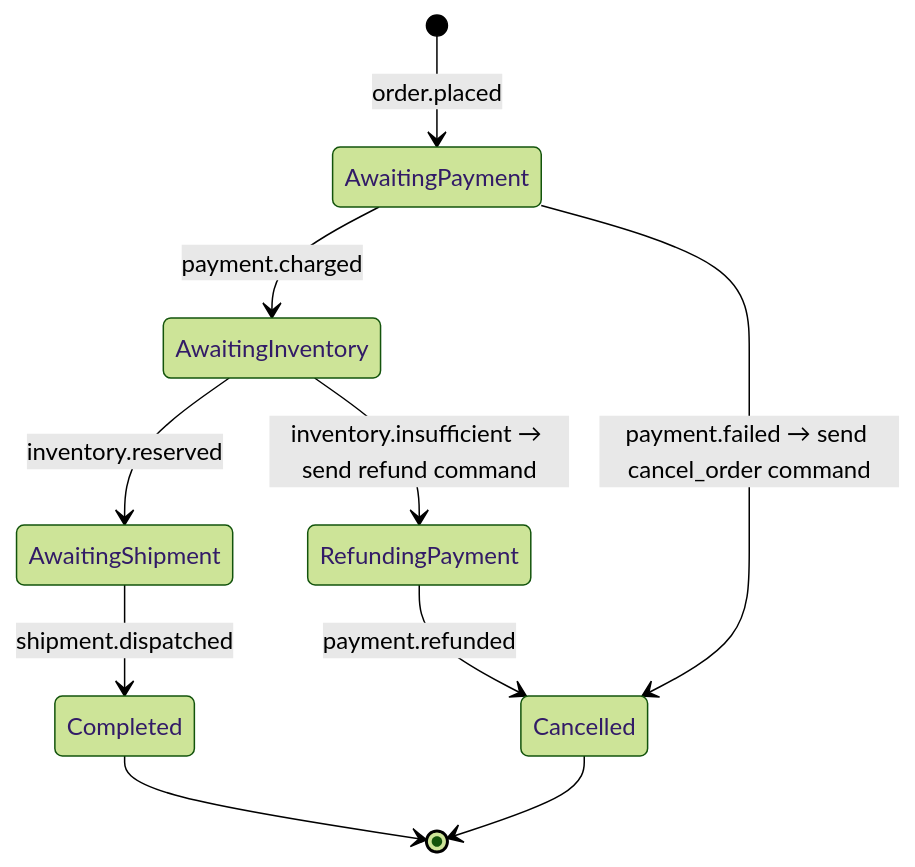
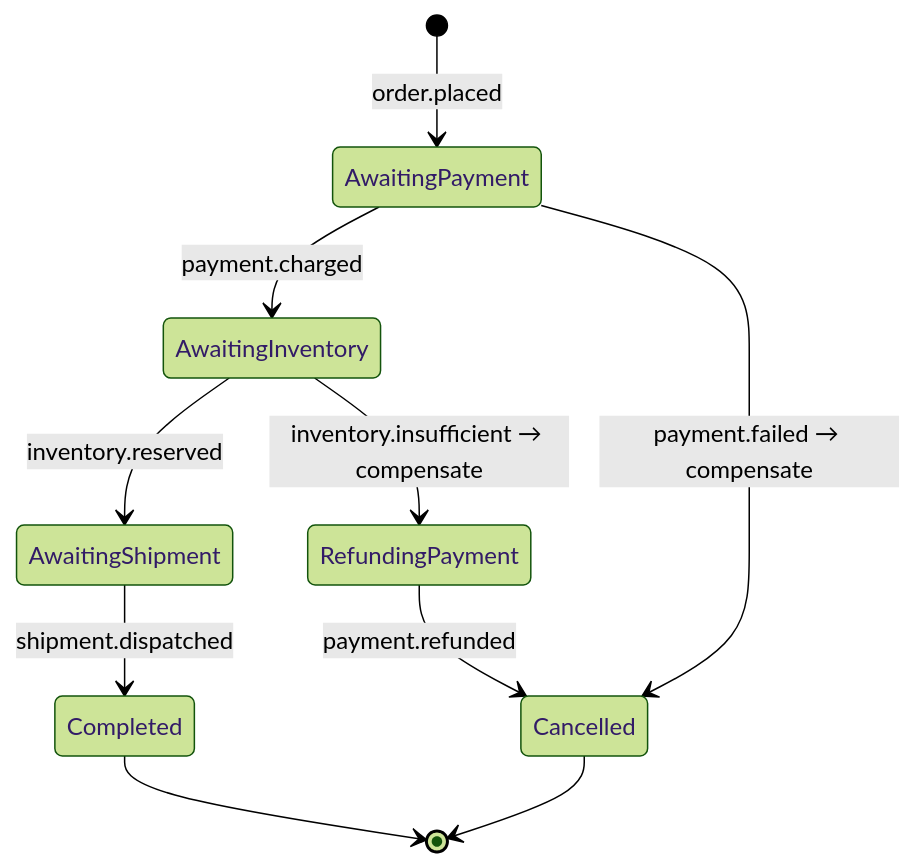
Diagram 13 of 17 in .claude/.notes/Event-Driven-System.md (hlop3z/claude-ai-dangerous), drawn with Mermaid (forest theme) before and after one commit. The commit also changed other lines of this file, not shown here.

````diff
--- a/.claude/.notes/Event-Driven-System.md
+++ b/.claude/.notes/Event-Driven-System.md
@@ -1721,12 +1699,12 @@
 ```mermaid
 stateDiagram-v2
     [*] --> AwaitingPayment : order.placed
     AwaitingPayment --> AwaitingInventory : payment.charged
-    AwaitingPayment --> Cancelled : payment.failed → send cancel_order command
+    AwaitingPayment --> Cancelled : payment.failed → compensate
     AwaitingInventory --> AwaitingShipment : inventory.reserved
-    AwaitingInventory --> RefundingPayment : inventory.insufficient → send refund command
+    AwaitingInventory --> RefundingPayment : inventory.insufficient → compensate
     RefundingPayment --> Cancelled : payment.refunded
     AwaitingShipment --> Completed : shipment.dispatched
     Completed --> [*]
     Cancelled --> [*]
 ```
````
